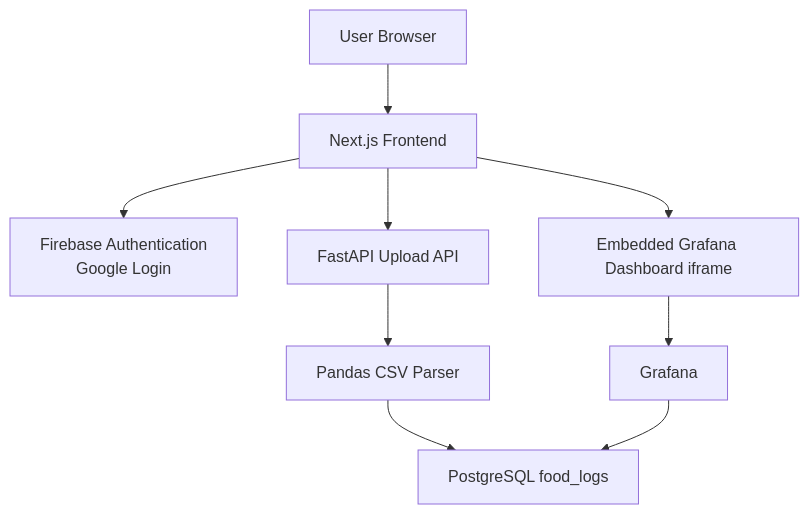
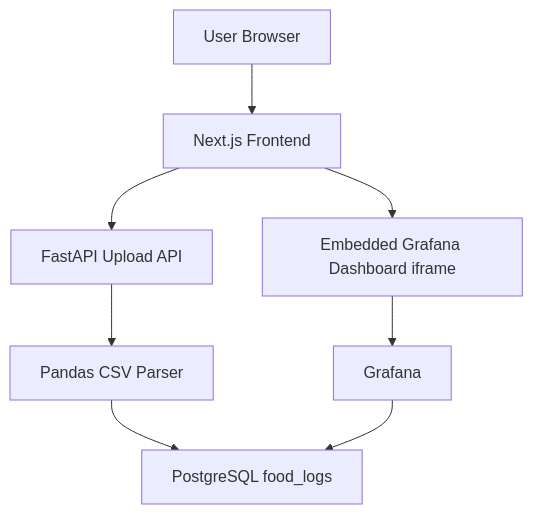
Before and after one commit to dakshtitarmare/myfitnesspal-grafana-dashboard: the diagram in README.md, drawn with Mermaid. The commit also changed other lines of this file and 18 other files, not shown here.

````diff
--- a/README.md
+++ b/README.md
@@ -17,11 +17,10 @@
 ```mermaid
 flowchart TD
     A[User Browser] --> B[Next.js Frontend]
-    B --> C[Firebase Authentication\nGoogle Login]
-    B --> D[FastAPI Upload API]
-    D --> E[Pandas CSV Parser]
-    E --> F[PostgreSQL food_logs]
-    G[Grafana] --> F
-    B --> H[Embedded Grafana Dashboard iframe]
-    H --> G
+    B --> C[FastAPI Upload API]
+    C --> D[Pandas CSV Parser]
+    D --> E[PostgreSQL food_logs]
+    F[Grafana] --> E
+    B --> G[Embedded Grafana Dashboard iframe]
+    G --> F
 ```
````
